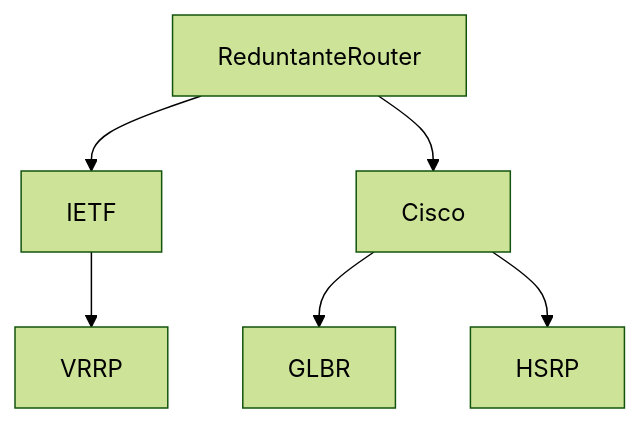
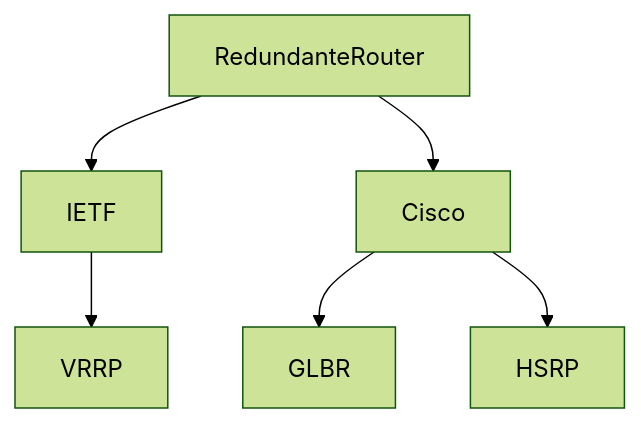
One commit to johannesloetzsch/LF10b changed the third of 4 diagrams in src/verfuegbarkeit.md. Above: the diagram before and after it, drawn with Mermaid (forest theme). The commit also changed other lines of this file, not shown here.

Commit message:
Update verfuegbarkeit.md
added link at RAID to Thomas Krenn (https://www.thomas-krenn.com/de/wikiDE/index.php?title=RAID) + corrected 2 spelling mistakes

````diff
--- a/src/verfuegbarkeit.md
+++ b/src/verfuegbarkeit.md
@@ -64,7 +66,7 @@
 ```mermaid
 flowchart TB
-  ReduntanteRouter --> IETF --> VRRP
-  ReduntanteRouter --> Cisco
+  RedundanteRouter --> IETF --> VRRP
+  RedundanteRouter --> Cisco
   Cisco --> GLBR
   Cisco --> HSRP
 ```
````
